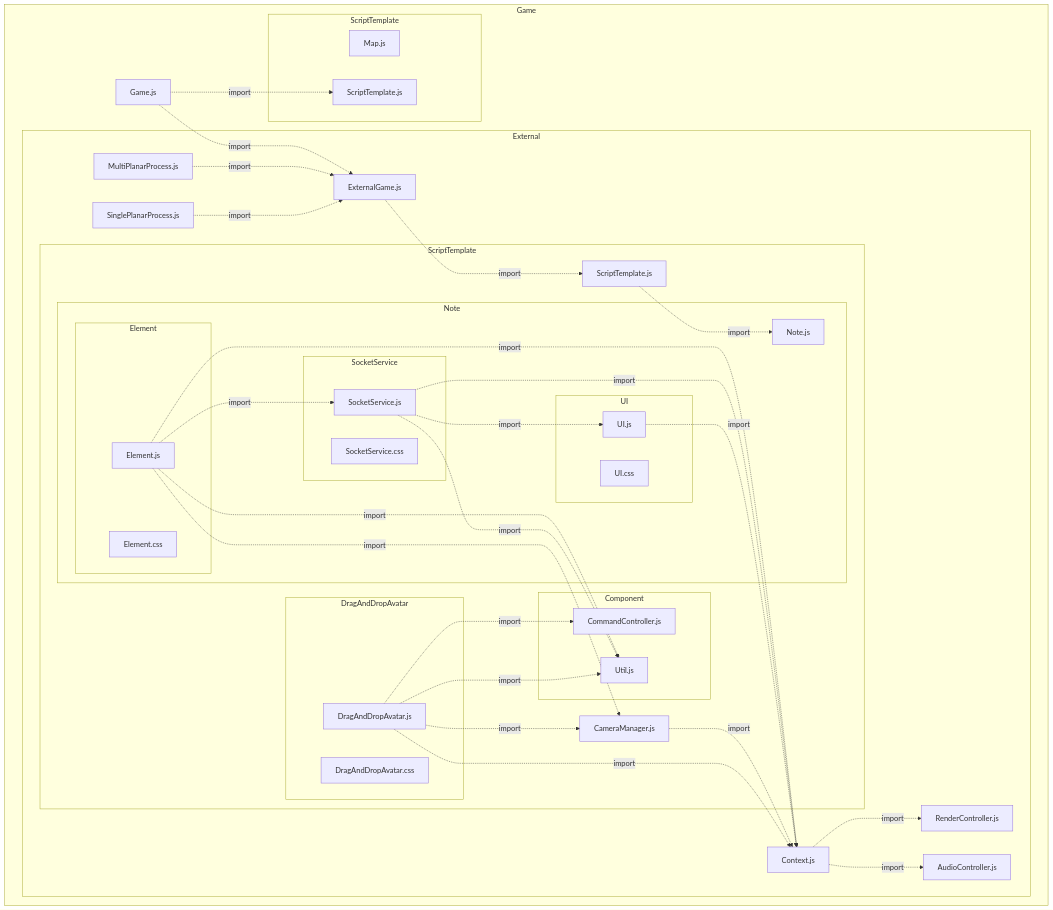
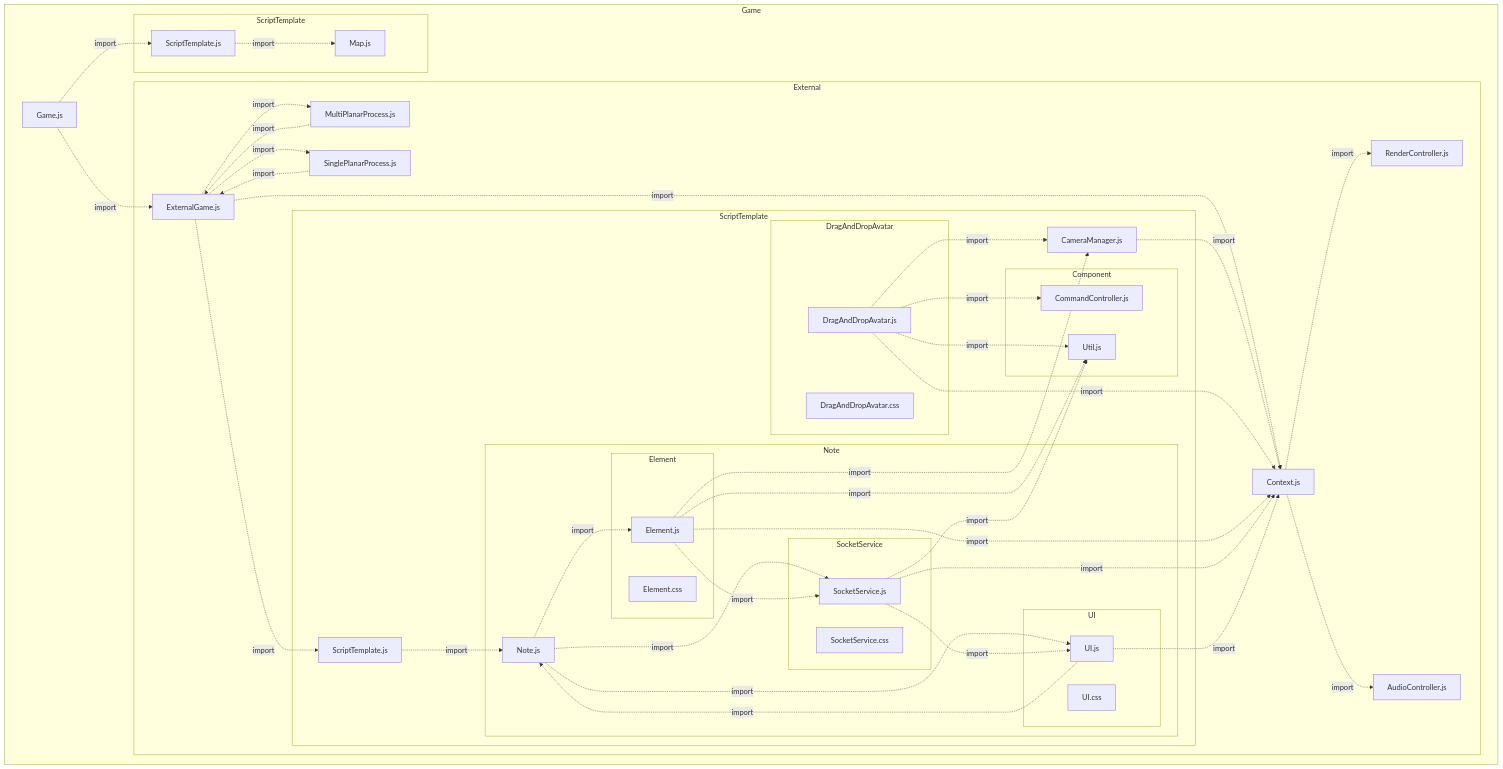
Before and after one commit to VCityTeam/UD-Viz: the diagram in docs/static/diagram/browser/BrowserSrcGame.md, drawn with Mermaid. The commit also changed 7 other files, not shown here.

Commit message:
update:diagram

````diff
--- a/docs/static/diagram/browser/BrowserSrcGame.md
+++ b/docs/static/diagram/browser/BrowserSrcGame.md
@@ -1,66 +1,74 @@
 ```mermaid
 flowchart
  subgraph IDGame["Game"]
   IDGameGamejs["Game.js"]
   subgraph IDGameExternal["External"]
    IDGameExternalAudioControllerjs["AudioController.js"]
    IDGameExternalContextjs["Context.js"]
    IDGameExternalExternalGamejs["ExternalGame.js"]
    IDGameExternalMultiPlanarProcessjs["MultiPlanarProcess.js"]
    IDGameExternalRenderControllerjs["RenderController.js"]
    IDGameExternalSinglePlanarProcessjs["SinglePlanarProcess.js"]
    subgraph IDGameExternalScriptTemplate["ScriptTemplate"]
     IDGameExternalScriptTemplateCameraManagerjs["CameraManager.js"]
     IDGameExternalScriptTemplateScriptTemplatejs["ScriptTemplate.js"]
     subgraph IDGameExternalScriptTemplateComponent["Component"]
      IDGameExternalScriptTemplateComponentCommandControllerjs["CommandController.js"]
      IDGameExternalScriptTemplateComponentUtiljs["Util.js"]
     end
     subgraph IDGameExternalScriptTemplateDragAndDropAvatar["DragAndDropAvatar"]
      IDGameExternalScriptTemplateDragAndDropAvatarDragAndDropAvatarcss["DragAndDropAvatar.css"]
      IDGameExternalScriptTemplateDragAndDropAvatarDragAndDropAvatarjs["DragAndDropAvatar.js"]
     end
     subgraph IDGameExternalScriptTemplateNote["Note"]
      IDGameExternalScriptTemplateNoteNotejs["Note.js"]
      subgraph IDGameExternalScriptTemplateNoteElement["Element"]
       IDGameExternalScriptTemplateNoteElementElementcss["Element.css"]
       IDGameExternalScriptTemplateNoteElementElementjs["Element.js"]
      end
      subgraph IDGameExternalScriptTemplateNoteSocketService["SocketService"]
       IDGameExternalScriptTemplateNoteSocketServiceSocketServicecss["SocketService.css"]
       IDGameExternalScriptTemplateNoteSocketServiceSocketServicejs["SocketService.js"]
      end
      subgraph IDGameExternalScriptTemplateNoteUI["UI"]
       IDGameExternalScriptTemplateNoteUIUIcss["UI.css"]
       IDGameExternalScriptTemplateNoteUIUIjs["UI.js"]
      end
     end
    end
   end
   subgraph IDGameScriptTemplate["ScriptTemplate"]
    IDGameScriptTemplateMapjs["Map.js"]
    IDGameScriptTemplateScriptTemplatejs["ScriptTemplate.js"]
   end
  end
 IDGameGamejs-.->|import|IDGameExternalExternalGamejs
 IDGameGamejs-.->|import|IDGameScriptTemplateScriptTemplatejs
 IDGameExternalContextjs-.->|import|IDGameExternalRenderControllerjs
 IDGameExternalContextjs-.->|import|IDGameExternalAudioControllerjs
+IDGameExternalExternalGamejs-.->|import|IDGameExternalContextjs
+IDGameExternalExternalGamejs-.->|import|IDGameExternalMultiPlanarProcessjs
+IDGameExternalExternalGamejs-.->|import|IDGameExternalSinglePlanarProcessjs
 IDGameExternalExternalGamejs-.->|import|IDGameExternalScriptTemplateScriptTemplatejs
 IDGameExternalMultiPlanarProcessjs-.->|import|IDGameExternalExternalGamejs
 IDGameExternalSinglePlanarProcessjs-.->|import|IDGameExternalExternalGamejs
 IDGameExternalScriptTemplateCameraManagerjs-.->|import|IDGameExternalContextjs
 IDGameExternalScriptTemplateScriptTemplatejs-.->|import|IDGameExternalScriptTemplateNoteNotejs
 IDGameExternalScriptTemplateDragAndDropAvatarDragAndDropAvatarjs-.->|import|IDGameExternalContextjs
 IDGameExternalScriptTemplateDragAndDropAvatarDragAndDropAvatarjs-.->|import|IDGameExternalScriptTemplateComponentCommandControllerjs
 IDGameExternalScriptTemplateDragAndDropAvatarDragAndDropAvatarjs-.->|import|IDGameExternalScriptTemplateComponentUtiljs
 IDGameExternalScriptTemplateDragAndDropAvatarDragAndDropAvatarjs-.->|import|IDGameExternalScriptTemplateCameraManagerjs
+IDGameExternalScriptTemplateNoteNotejs-.->|import|IDGameExternalScriptTemplateNoteUIUIjs
+IDGameExternalScriptTemplateNoteNotejs-.->|import|IDGameExternalScriptTemplateNoteSocketServiceSocketServicejs
+IDGameExternalScriptTemplateNoteNotejs-.->|import|IDGameExternalScriptTemplateNoteElementElementjs
 IDGameExternalScriptTemplateNoteElementElementjs-.->|import|IDGameExternalContextjs
 IDGameExternalScriptTemplateNoteElementElementjs-.->|import|IDGameExternalScriptTemplateCameraManagerjs
 IDGameExternalScriptTemplateNoteElementElementjs-.->|import|IDGameExternalScriptTemplateComponentUtiljs
 IDGameExternalScriptTemplateNoteElementElementjs-.->|import|IDGameExternalScriptTemplateNoteSocketServiceSocketServicejs
 IDGameExternalScriptTemplateNoteSocketServiceSocketServicejs-.->|import|IDGameExternalContextjs
 IDGameExternalScriptTemplateNoteSocketServiceSocketServicejs-.->|import|IDGameExternalScriptTemplateComponentUtiljs
 IDGameExternalScriptTemplateNoteSocketServiceSocketServicejs-.->|import|IDGameExternalScriptTemplateNoteUIUIjs
 IDGameExternalScriptTemplateNoteUIUIjs-.->|import|IDGameExternalContextjs
+IDGameExternalScriptTemplateNoteUIUIjs-.->|import|IDGameExternalScriptTemplateNoteNotejs
+IDGameScriptTemplateScriptTemplatejs-.->|import|IDGameScriptTemplateMapjs
 ```
````
